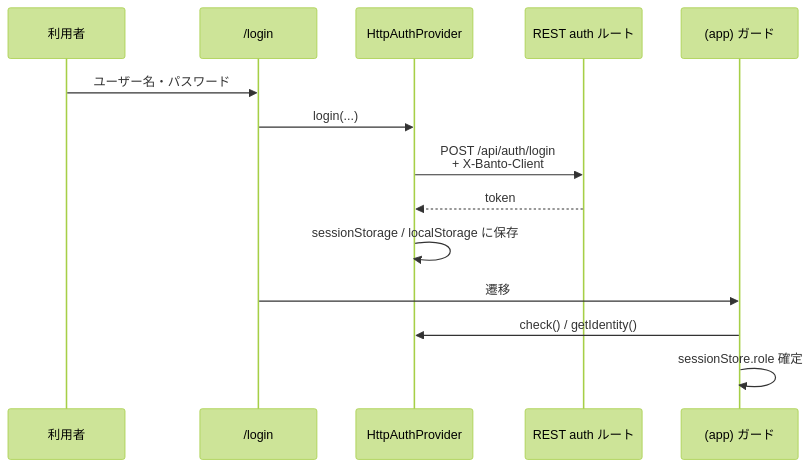
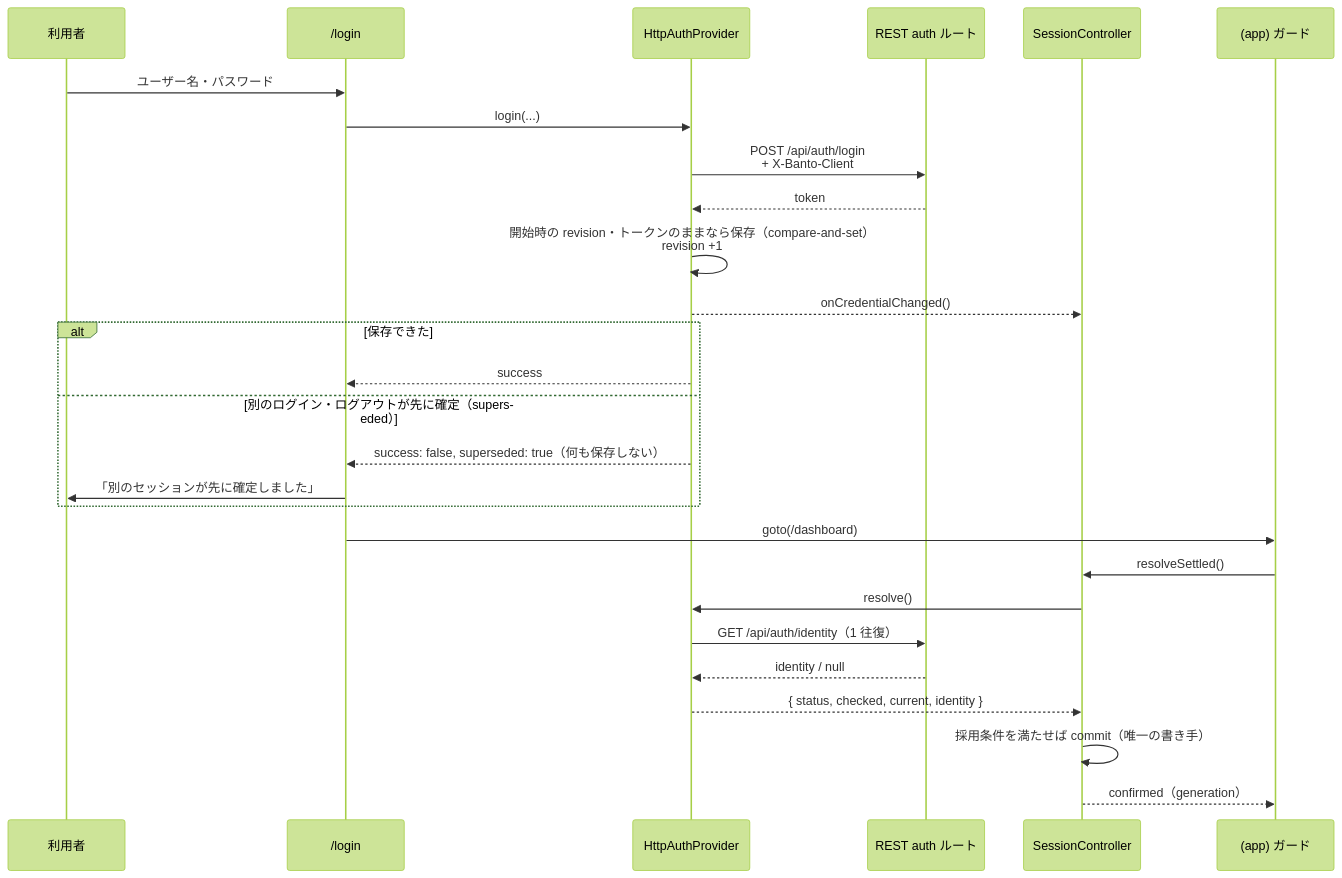
One commit to tyaro/banto changed the fourth of 11 diagrams in docs/architecture-flows.md. Above: the diagram before and after it, drawn with Mermaid (forest theme). The commit also changed other lines of this file and 9 other files, not shown here.

````diff
--- a/docs/architecture-flows.md
+++ b/docs/architecture-flows.md
@@ -93,17 +114,30 @@
 ```mermaid
 sequenceDiagram
   participant U as 利用者
   participant LP as /login
   participant AP as HttpAuthProvider
   participant REST as REST auth ルート
+  participant SC as SessionController
   participant GU as (app) ガード
 
   U->>LP: ユーザー名・パスワード
   LP->>AP: login(...)
   AP->>REST: POST /api/auth/login<br/>+ X-Banto-Client
   REST-->>AP: token
-  AP->>AP: sessionStorage / localStorage に保存
-  LP->>GU: 遷移
-  GU->>AP: check() / getIdentity()
-  GU->>GU: sessionStore.role 確定
+  AP->>AP: 開始時の revision・トークンのままなら保存（compare-and-set）<br/>revision +1
+  AP-->>SC: onCredentialChanged()
+  alt 保存できた
+    AP-->>LP: success
+  else 別のログイン・ログアウトが先に確定（superseded）
+    AP-->>LP: success: false, superseded: true（何も保存しない）
+    LP->>U: 「別のセッションが先に確定しました」
+  end
+  LP->>GU: goto(/dashboard)
+  GU->>SC: resolveSettled()
+  SC->>AP: resolve()
+  AP->>REST: GET /api/auth/identity（1 往復）
+  REST-->>AP: identity / null
+  AP-->>SC: { status, checked, current, identity }
+  SC->>SC: 採用条件を満たせば commit（唯一の書き手）
+  SC-->>GU: confirmed（generation）
 ```
````
